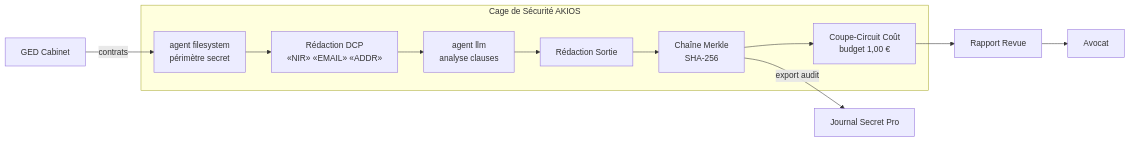
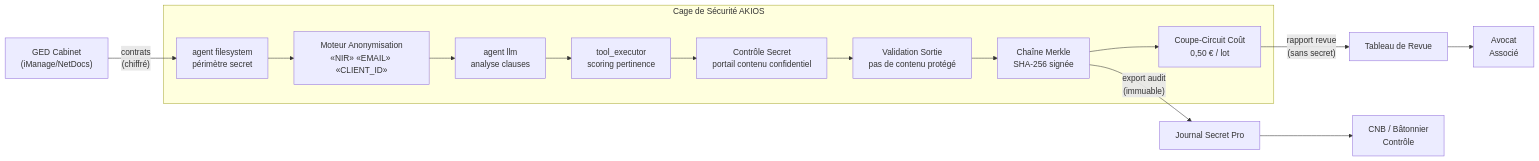
One commit to akios-ai/website changed the diagram in site/fr/case-studies/legal-contract-review.mdx. Above: the diagram before and after it, drawn with Mermaid. The commit also changed other lines of this file and 125 other files, not shown here.

Commit message:
Enrich all blog posts EN+FR — tables, mermaid diagrams, policy YAML, regulatory frameworks, Try It Yourself sections, related footer links

````diff
--- a/site/fr/case-studies/legal-contract-review.mdx
+++ b/site/fr/case-studies/legal-contract-review.mdx
@@ -40,16 +100,19 @@
 ```mermaid
 graph LR
-    GED["GED Cabinet"] -->|contrats| FS["agent filesystem\npérimètre secret"]
+    GED["GED Cabinet\n(iManage/NetDocs)"] -->|"contrats\n(chiffré)"| FS["agent filesystem\npérimètre secret"]
 
     subgraph CAGE["Cage de Sécurité AKIOS"]
-        FS --> PII["Rédaction DCP\n«NIR» «EMAIL» «ADDR»"]
+        FS --> PII["Moteur Anonymisation\n«NIR» «EMAIL» «CLIENT_ID»"]
         PII --> LLM["agent llm\nanalyse clauses"]
-        LLM --> SCAN["Rédaction Sortie"]
-        SCAN --> MERKLE["Chaîne Merkle\nSHA-256"]
-        MERKLE --> COST["Coupe-Circuit Coût\nbudget 1,00 €"]
+        LLM --> TE["tool_executor\nscoring pertinence"]
+        TE --> PRIV["Contrôle Secret\nportail contenu confidentiel"]
+        PRIV --> VALID["Validation Sortie\npas de contenu protégé"]
+        VALID --> MERKLE["Chaîne Merkle\nSHA-256 signée"]
+        MERKLE --> COST["Coupe-Circuit Coût\n0,50 € / lot"]
     end
 
-    COST --> Report["Rapport Revue"]
-    Report --> Attorney["Avocat"]
-    MERKLE -->|export audit| DPO["Journal Secret Pro"]
+    COST -->|"rapport revue\n(sans secret)"| Report["Tableau de Revue"]
+    Report --> Attorney["Avocat\nAssocié"]
+    MERKLE -->|"export audit\n(immuable)"| DPO["Journal Secret Pro"]
+    DPO --> CNB["CNB / Bâtonnier\nContrôle"]
 ```
````
